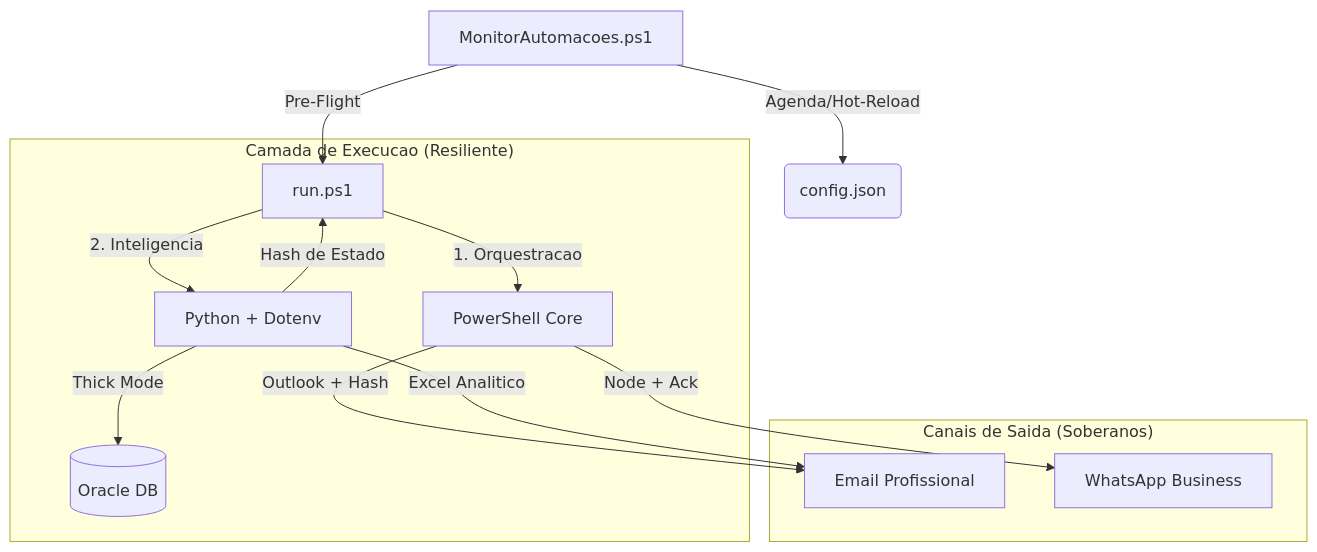
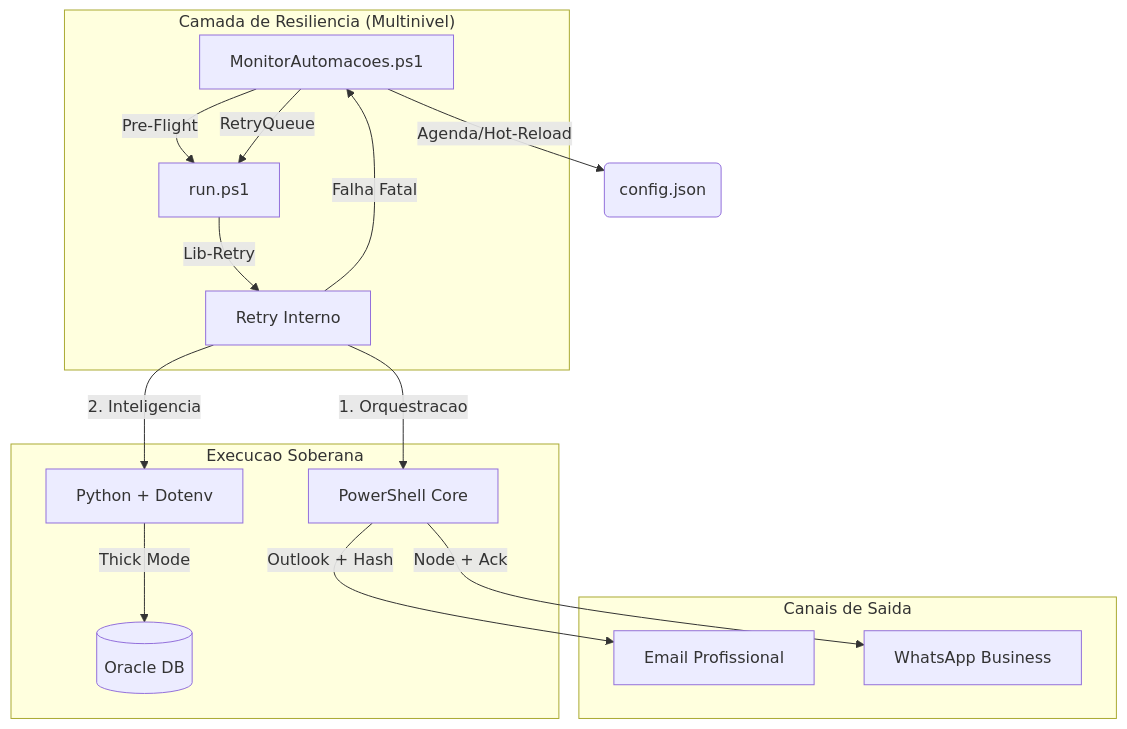
One commit to GabrielDiasNN/Automacoes-CR changed the diagram in README.md. Above: the diagram before and after it, drawn with Mermaid. The commit also changed other lines of this file and 93 other files, not shown here.

````diff
--- a/README.md
+++ b/README.md
@@ -7,19 +7,22 @@
 ```mermaid
 graph TD
     A[MonitorAutomacoes.ps1] -->|Agenda/Hot-Reload| B(config.json)
     A -->|Pre-Flight| P[run.ps1]
     
-    subgraph "Camada de Execucao (Resiliente)"
-        P -->|1. Orquestracao| PS[PowerShell Core]
-        P -->|2. Inteligencia| PY[Python + Dotenv]
+    subgraph "Camada de Resiliencia (Multinivel)"
+        P -->|Lib-Retry| R[Retry Interno]
+        R -->|Falha Fatal| A
+        A -->|RetryQueue| P
+    end
+
+    subgraph "Execucao Soberana"
+        R -->|1. Orquestracao| PS[PowerShell Core]
+        R -->|2. Inteligencia| PY[Python + Dotenv]
         PY -->|Thick Mode| E[(Oracle DB)]
     end
 
-    subgraph "Canais de Saida (Soberanos)"
+    subgraph "Canais de Saida"
         PS -->|Outlook + Hash| F[Email Profissional]
         PS -->|Node + Ack| G[WhatsApp Business]
     end
-
-    PY -->|Excel Analitico| F
-    PY -->|Hash de Estado| P
 ```
````
